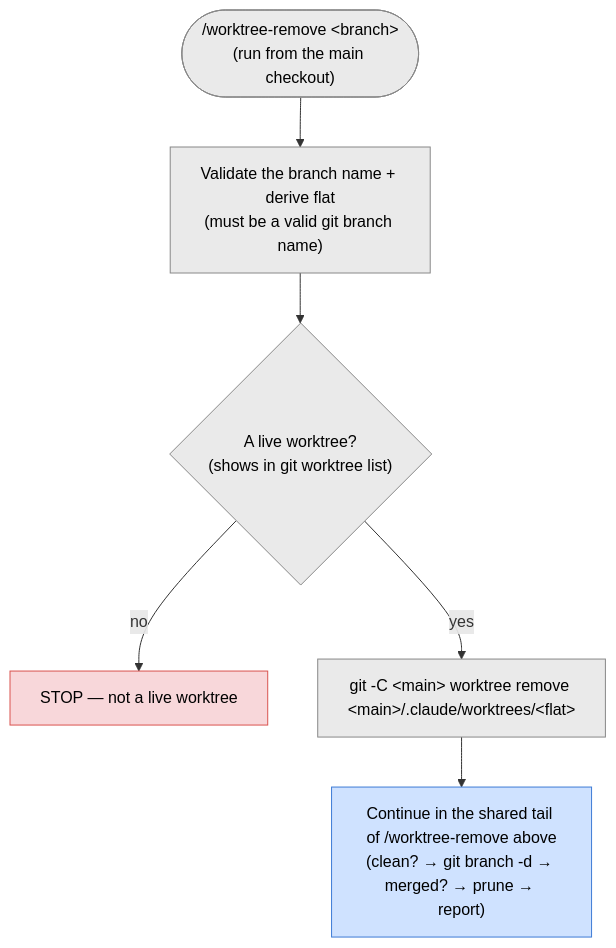
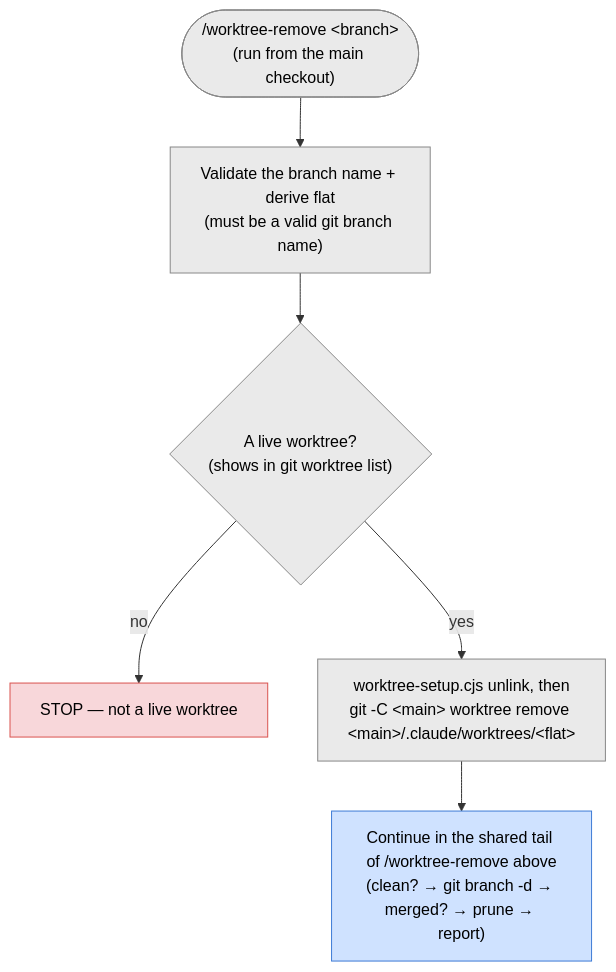
One commit to pilniczek/worktree-toolbox changed the fourth of 4 diagrams in worktree-per-issue/template/docs/worktrees.md. Above: the diagram before and after it, drawn with Mermaid. The commit also changed other lines of this file and 8 other files, not shown here.

First line of the commit message:
📝 document worktree-create --repo and .claude/worktree.json

````diff
--- a/worktree-per-issue/template/docs/worktrees.md
+++ b/worktree-per-issue/template/docs/worktrees.md
@@ -203,16 +267,16 @@
 ```mermaid
 flowchart TD
   start(["/worktree-remove &lt;branch&gt;<br/>(run from the main checkout)"])
   start --> validate["Validate the branch name + derive flat<br/>(must be a valid git branch name)"]
   validate --> live{"A live worktree?<br/>(shows in git worktree list)"}
   live -->|"no"| stopB["STOP — not a live worktree"]
-  live -->|"yes"| removedir["git -C &lt;main&gt; worktree remove &lt;main&gt;/.claude/worktrees/&lt;flat&gt;"]
+  live -->|"yes"| removedir["worktree-setup.cjs unlink, then<br/>git -C &lt;main&gt; worktree remove &lt;main&gt;/.claude/worktrees/&lt;flat&gt;"]
   removedir --> rest["Continue in the shared tail of /worktree-remove above<br/>(clean? → git branch -d → merged? → prune → report)"]
 
   classDef step fill:#eaeaea,stroke:#888,color:#000;
   classDef stop fill:#f8d7da,stroke:#d9534f,color:#000;
   classDef ref fill:#cfe2ff,stroke:#3d7bd6,color:#000;
   class start,validate,live,removedir step;
   class stopB stop;
   class rest ref;
 ```
````
